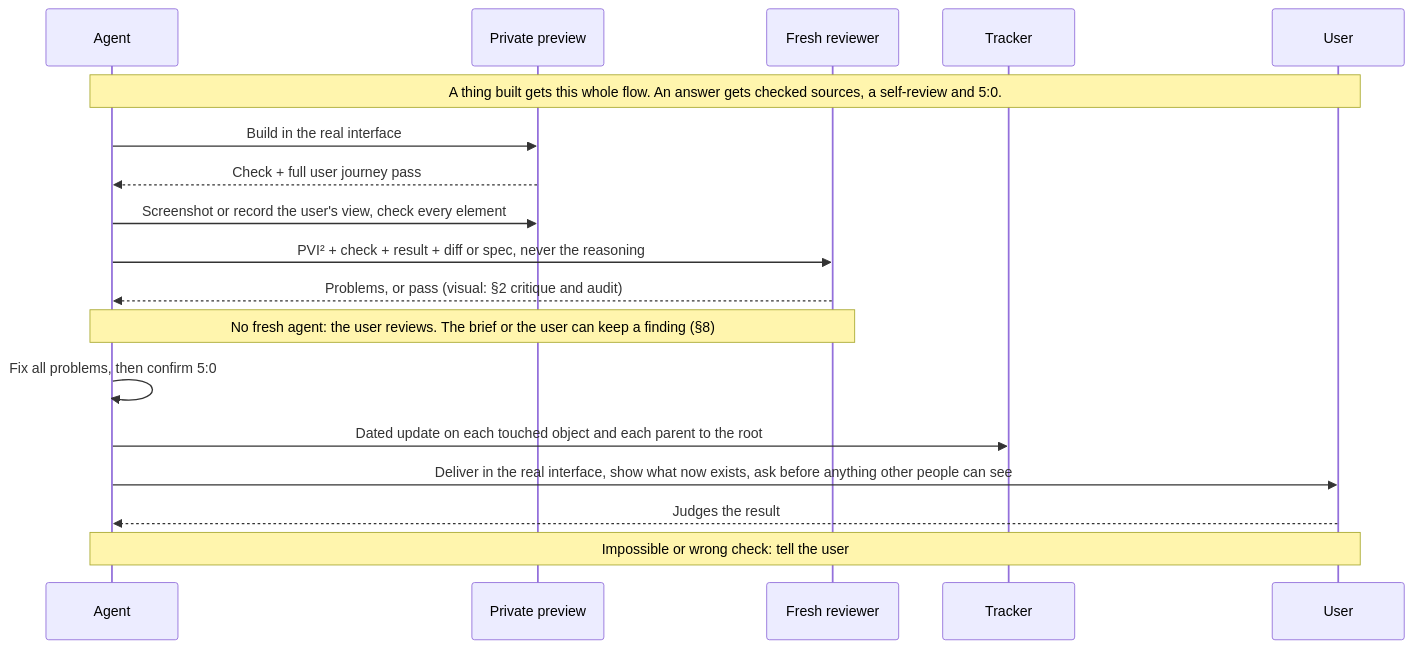
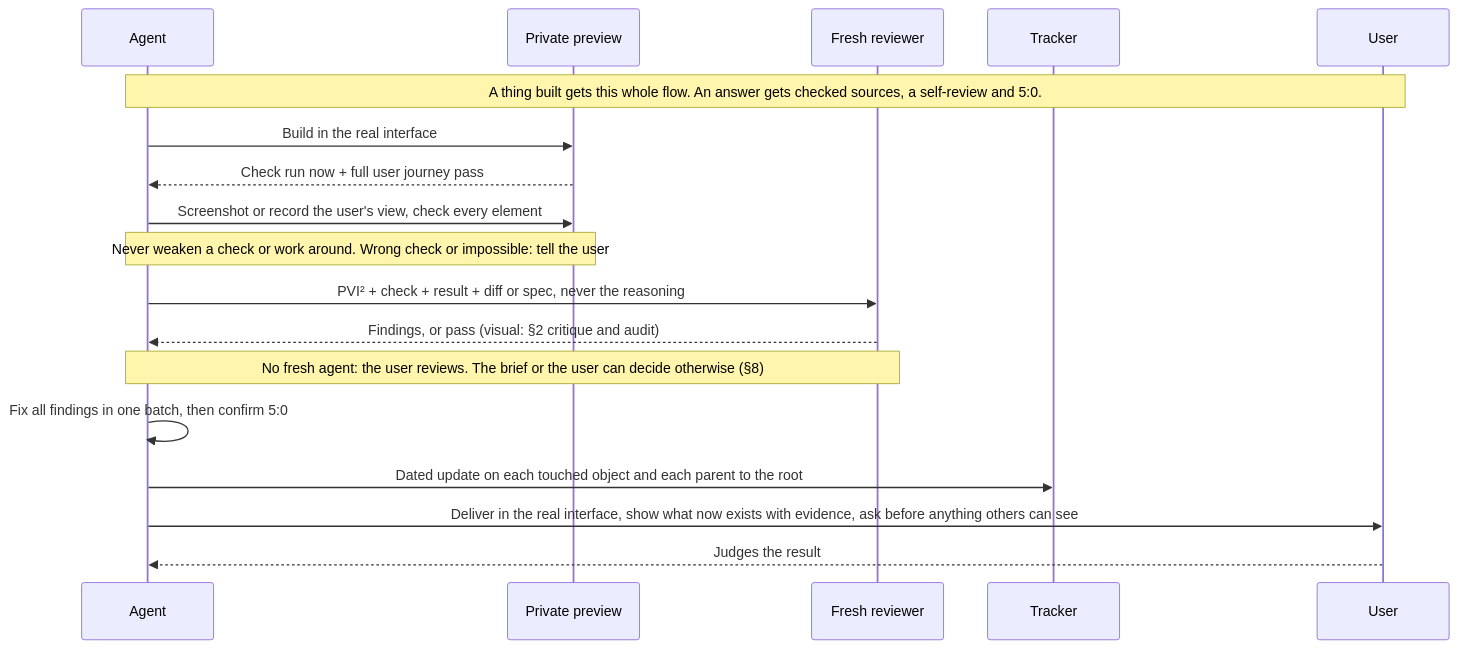
Diagram 11 of 14 in AGENTS.md (SolenixAI/arbiter), drawn with Mermaid before and after one commit. The commit also changed other lines of this file, not shown here.

First line of the commit message:
docs(agents): section 10 runs the check now, never weakens it, delivers with evidence (#22)

````diff
--- a/AGENTS.md
+++ b/AGENTS.md
@@ -444,20 +442,20 @@
 ```mermaid
 sequenceDiagram
   participant A as Agent
   participant P as Private preview
   participant R as Fresh reviewer
   participant T as Tracker
   participant U as User
   Note over A,U: A thing built gets this whole flow. An answer gets checked sources, a self-review and 5:0.
   A->>P: Build in the real interface
-  P-->>A: Check + full user journey pass
+  P-->>A: Check run now + full user journey pass
   A->>P: Screenshot or record the user's view, check every element
+  Note over A,P: Never weaken a check or work around. Wrong check or impossible: tell the user
   A->>R: PVI² + check + result + diff or spec, never the reasoning
-  R-->>A: Problems, or pass (visual: §2 critique and audit)
-  Note over A,R: No fresh agent: the user reviews. The brief or the user can keep a finding (§8)
-  A->>A: Fix all problems, then confirm 5:0
+  R-->>A: Findings, or pass (visual: §2 critique and audit)
+  Note over A,R: No fresh agent: the user reviews. The brief or the user can decide otherwise (§8)
+  A->>A: Fix all findings in one batch, then confirm 5:0
   A->>T: Dated update on each touched object and each parent to the root
-  A->>U: Deliver in the real interface, show what now exists, ask before anything other people can see
+  A->>U: Deliver in the real interface, show what now exists with evidence, ask before anything others can see
   U-->>A: Judges the result
-  Note over A,U: Impossible or wrong check: tell the user
 ```
````
